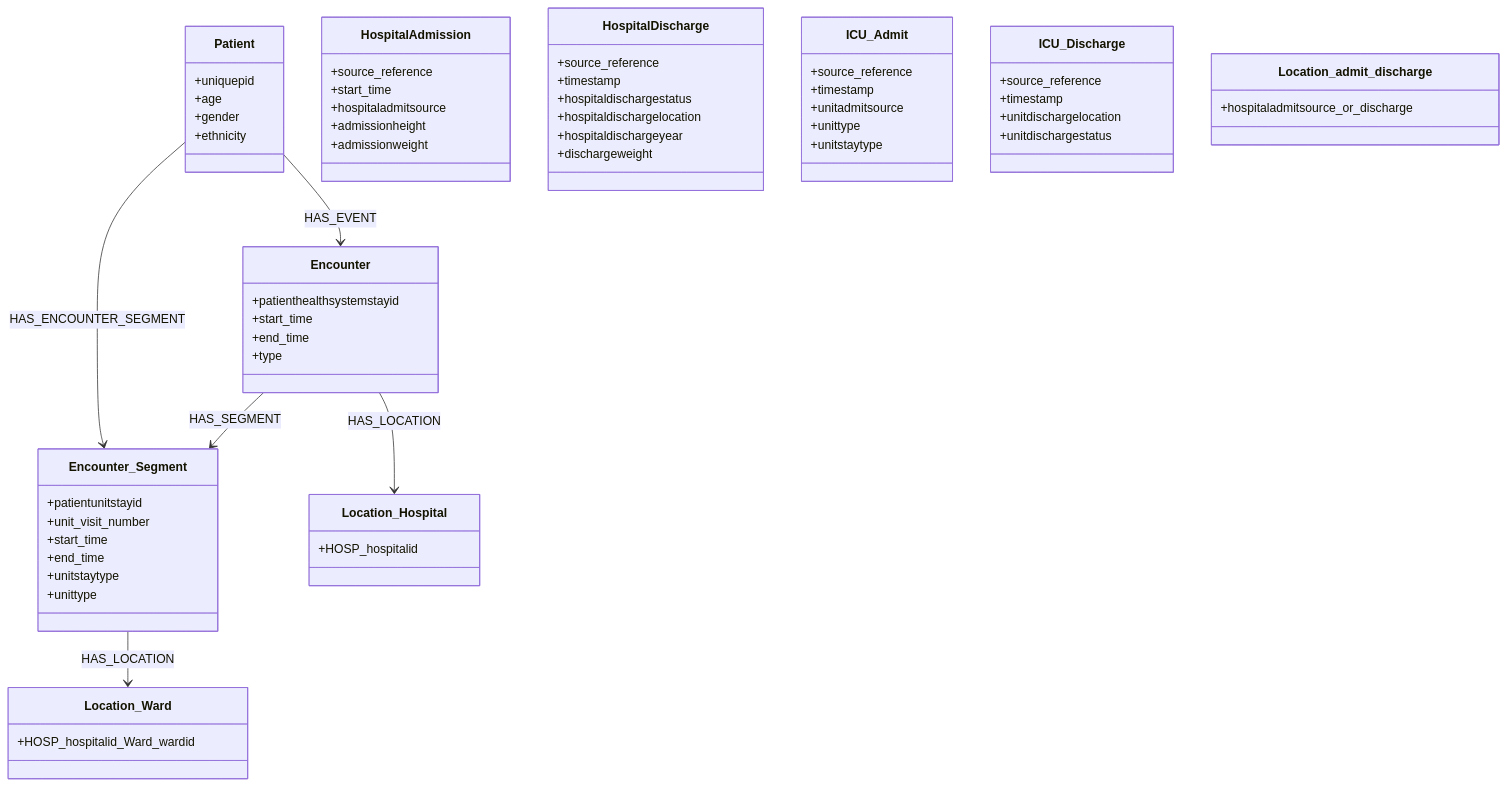
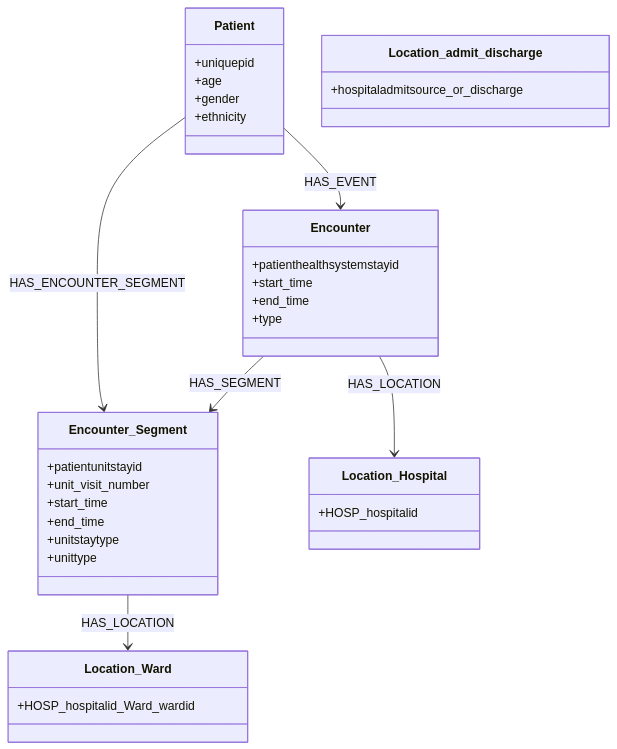
One commit to BecksFedeUniPr/eICU_mapping changed the diagram in README.md. Above: the diagram before and after it, drawn with Mermaid.

````diff
--- a/README.md
+++ b/README.md
@@ -27,79 +27,47 @@
 ```mermaid
 classDiagram
     direction TB
     
     class Patient {
         +uniquepid
         +age
         +gender
         +ethnicity
     }
 
     class Encounter {
         +patienthealthsystemstayid
         +start_time
         +end_time
         +type
     }
 
     class Encounter_Segment {
         +patientunitstayid
         +unit_visit_number
         +start_time
         +end_time
         +unitstaytype
         +unittype
     }
 
-    class HospitalAdmission {
-        +source_reference
-        +start_time
-        +hospitaladmitsource
-        +admissionheight
-        +admissionweight
-    }
-
-    class HospitalDischarge {
-        +source_reference
-        +timestamp
-        +hospitaldischargestatus
-        +hospitaldischargelocation
-        +hospitaldischargeyear
-        +dischargeweight
-    }
-
-    class ICU_Admit {
-        +source_reference
-        +timestamp
-        +unitadmitsource
-        +unittype
-        +unitstaytype
-    }
-
-    class ICU_Discharge {
-        +source_reference
-        +timestamp
-        +unitdischargelocation
-        +unitdischargestatus
-    }
-
     class Location_Hospital {
         +HOSP_hospitalid
     }
 
     class Location_Ward {
         +HOSP_hospitalid_Ward_wardid
     }
 
     class Location_admit_discharge {
         +hospitaladmitsource_or_discharge
     }
 
     %% Relationships (Esattamente come nel tuo JSON)
     Patient --> Encounter : HAS_EVENT
     Patient --> Encounter_Segment : HAS_ENCOUNTER_SEGMENT
     Encounter --> Encounter_Segment : HAS_SEGMENT
     
     Encounter --> Location_Hospital : HAS_LOCATION
     Encounter_Segment --> Location_Ward : HAS_LOCATION
 ```
````
